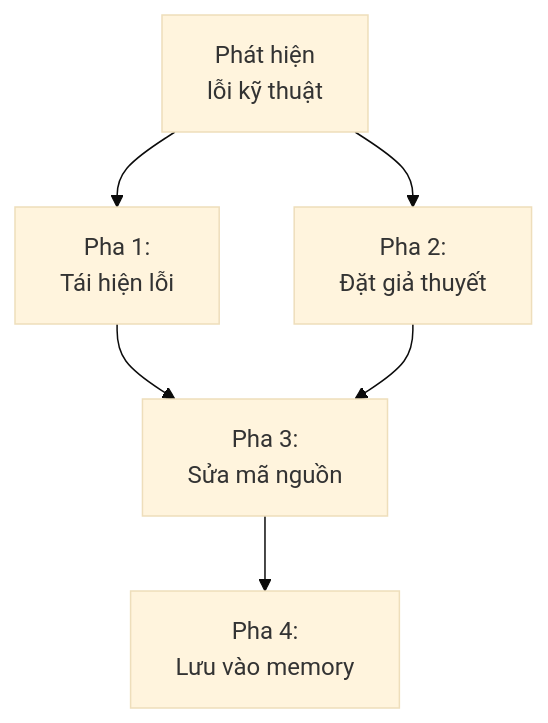
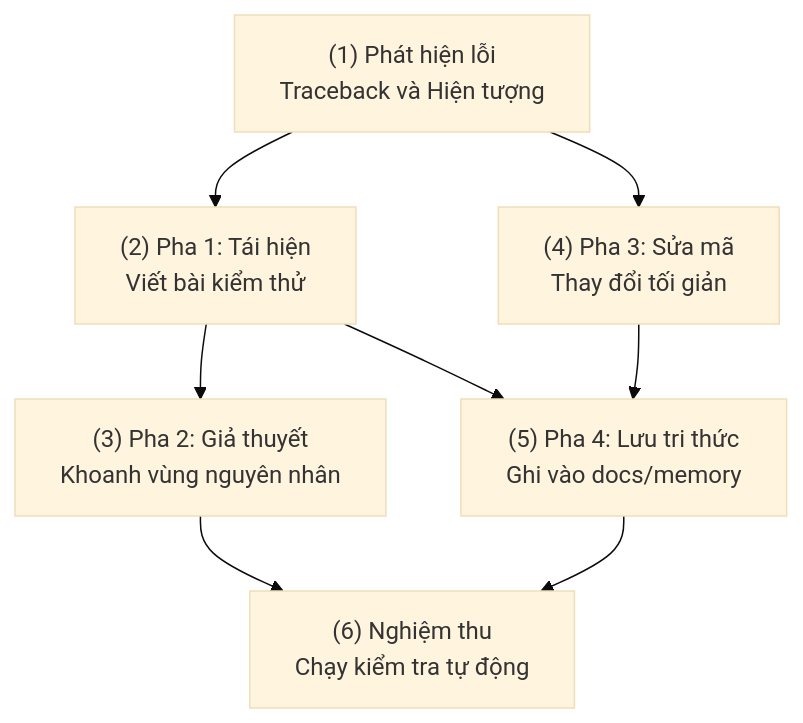
The fifth of 6 diagrams in content/posts/toan-tap-coding-friend-ai-engineering.md (nguyengoctin/my_website), drawn with Mermaid (base theme) before and after one commit. The commit also changed other lines of this file and 34 other files, not shown here.

````diff
--- a/content/posts/toan-tap-coding-friend-ai-engineering.md
+++ b/content/posts/toan-tap-coding-friend-ai-engineering.md
@@ -161,13 +174,16 @@
 ```mermaid
 flowchart TD
-    Bug["`Phát hiện<br/>lỗi kỹ thuật`"]
-    Step1["`Pha 1:<br/>Tái hiện lỗi`"]
-    Step2["`Pha 2:<br/>Đặt giả thuyết`"]
-    Step3["`Pha 3:<br/>Sửa mã nguồn`"]
-    Step4["`Pha 4:<br/>Lưu vào memory`"]
+    Bug["(1) Phát hiện lỗi<br/>Traceback và Hiện tượng"]
+    Step1["(2) Pha 1: Tái hiện<br/>Viết bài kiểm thử"]
+    Step2["(3) Pha 2: Giả thuyết<br/>Khoanh vùng nguyên nhân"]
+    Step3["(4) Pha 3: Sửa mã<br/>Thay đổi tối giản"]
+    Step4["(5) Pha 4: Lưu tri thức<br/>Ghi vào docs/memory"]
+    Verify["(6) Nghiệm thu<br/>Chạy kiểm tra tự động"]
     Bug --> Step1
-    Bug --> Step2
-    Step1 --> Step3
-    Step2 --> Step3
+    Step1 --> Step2
+    Bug --> Step3
+    Step1 --> Step4
+    Step2 --> Verify
     Step3 --> Step4
+    Step4 --> Verify
 ```
````
